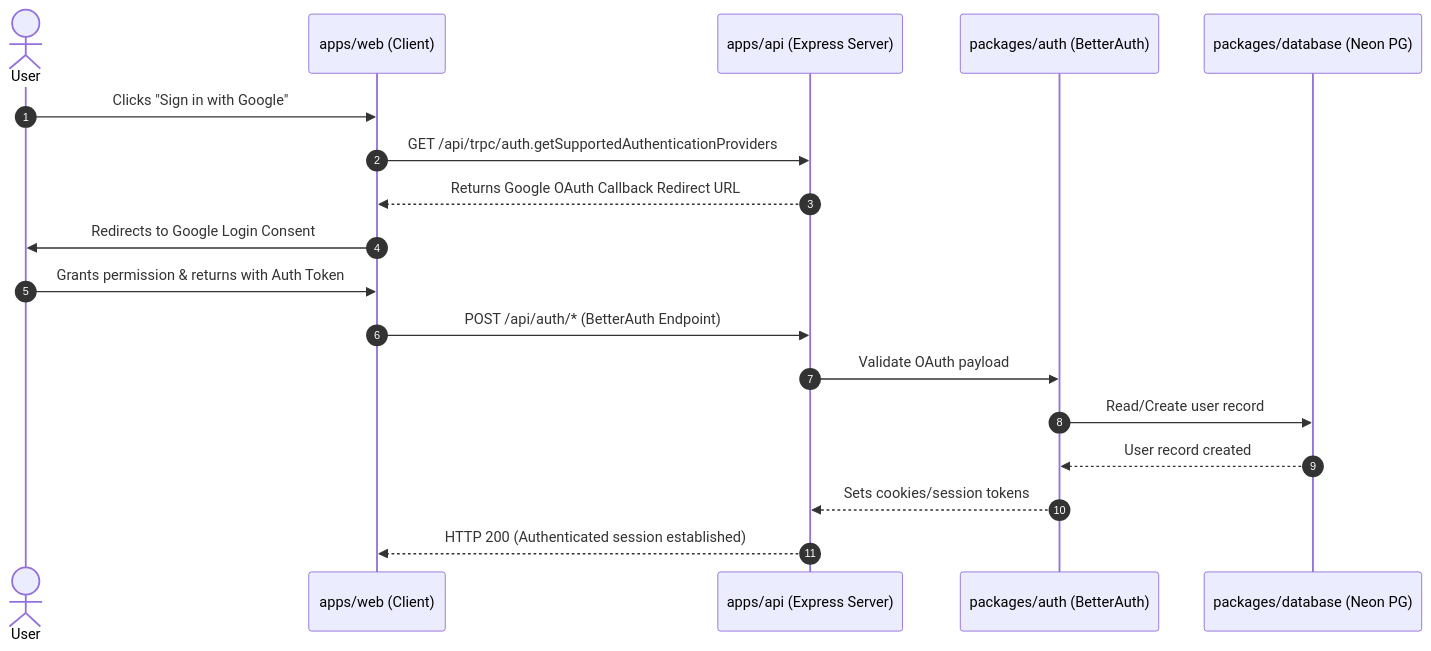
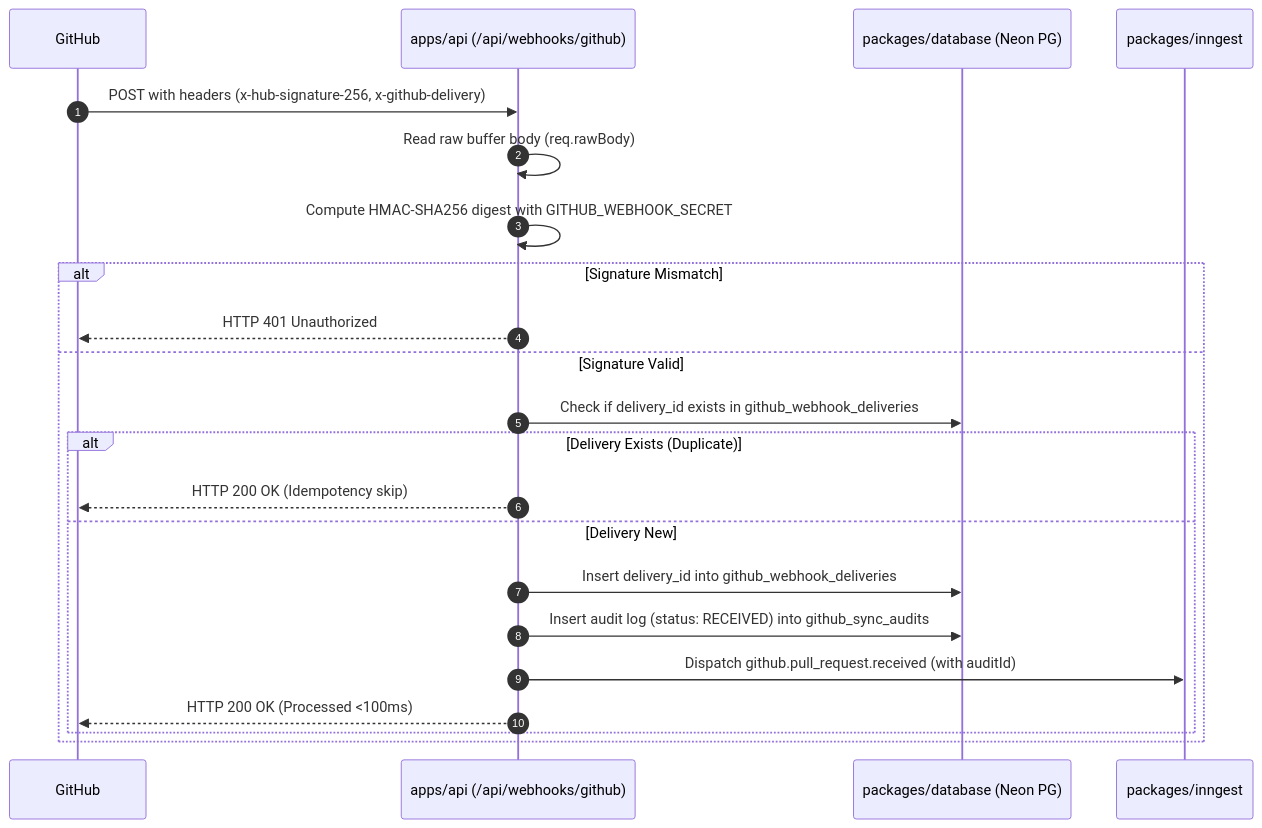
One commit to Satya7250/Launchly changed the second of 5 diagrams in docs/architecture.md. Above: the diagram before and after it, drawn with Mermaid. The commit also changed other lines of this file and 37 other files, not shown here.

Commit message:
feat: implement workspace selection UI, database schema, and demo onboarding workflow

````diff
--- a/docs/architecture.md
+++ b/docs/architecture.md
@@ -83,21 +104,25 @@
 ```mermaid
 sequenceDiagram
     autonumber
-    actor User
-    participant Web as apps/web (Client)
-    participant API as apps/api (Express Server)
-    participant Auth as packages/auth (BetterAuth)
+    participant GitHub
+    participant Webhook as apps/api (/api/webhooks/github)
     participant DB as packages/database (Neon PG)
+    participant Inngest as packages/inngest
 
-    User->>Web: Clicks "Sign in with Google"
-    Web->>API: GET /api/trpc/auth.getSupportedAuthenticationProviders
-    API-->>Web: Returns Google OAuth Callback Redirect URL
-    Web->>User: Redirects to Google Login Consent
-    User->>Web: Grants permission & returns with Auth Token
-    Web->>API: POST /api/auth/* (BetterAuth Endpoint)
-    API->>Auth: Validate OAuth payload
-    Auth->>DB: Read/Create user record
-    DB-->>Auth: User record created
-    Auth-->>API: Sets cookies/session tokens
-    API-->>Web: HTTP 200 (Authenticated session established)
+    GitHub->>Webhook: POST with headers (x-hub-signature-256, x-github-delivery)
+    Webhook->>Webhook: Read raw buffer body (req.rawBody)
+    Webhook->>Webhook: Compute HMAC-SHA256 digest with GITHUB_WEBHOOK_SECRET
+    alt Signature Mismatch
+        Webhook-->>GitHub: HTTP 401 Unauthorized
+    else Signature Valid
+        Webhook->>DB: Check if delivery_id exists in github_webhook_deliveries
+        alt Delivery Exists (Duplicate)
+            Webhook-->>GitHub: HTTP 200 OK (Idempotency skip)
+        else Delivery New
+            Webhook->>DB: Insert delivery_id into github_webhook_deliveries
+            Webhook->>DB: Insert audit log (status: RECEIVED) into github_sync_audits
+            Webhook->>Inngest: Dispatch github.pull_request.received (with auditId)
+            Webhook-->>GitHub: HTTP 200 OK (Processed <100ms)
+        end
+    end
 ```
````
